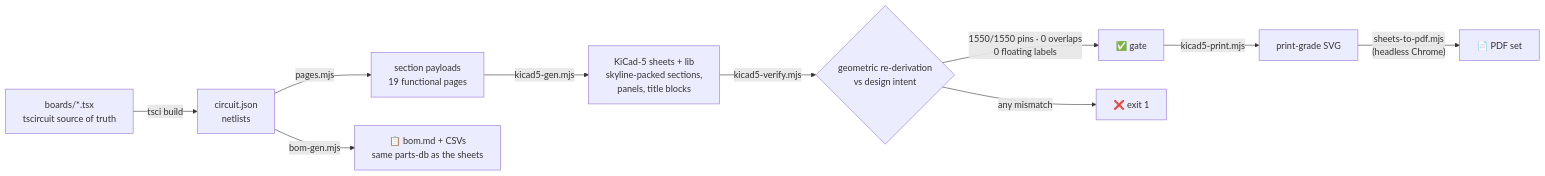
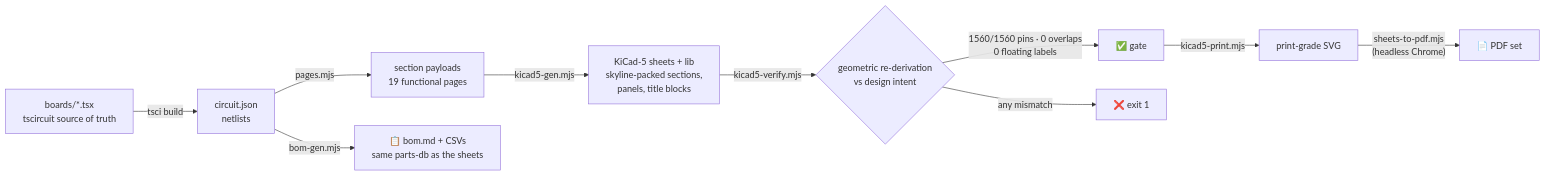
One commit to vectivolt/Traction-Inverter-GEN-1 changed the eighth of 9 diagrams in README.md. Above: the diagram before and after it, drawn with Mermaid. The commit also changed other lines of this file and 28 other files, not shown here.

````diff
--- a/README.md
+++ b/README.md
@@ -417,12 +432,12 @@
 ```mermaid
 flowchart LR
   TSX["boards/*.tsx<br/>tscircuit source of truth"] -->|tsci build| CJ["circuit.json<br/>netlists"]
   CJ -->|pages.mjs| PG["section payloads<br/>19 functional pages"]
   PG -->|kicad5-gen.mjs| SCH["KiCad-5 sheets + lib<br/>skyline-packed sections,<br/>panels, title blocks"]
   SCH -->|kicad5-verify.mjs| V{"geometric re-derivation<br/>vs design intent"}
-  V -->|"1550/1550 pins · 0 overlaps<br/>0 floating labels"| OK["✅ gate"]
+  V -->|"1560/1560 pins · 0 overlaps<br/>0 floating labels"| OK["✅ gate"]
   V -->|any mismatch| FAIL["❌ exit 1"]
   OK -->|kicad5-print.mjs| SVG["print-grade SVG"]
   SVG -->|"sheets-to-pdf.mjs<br/>(headless Chrome)"| PDF["📄 PDF set"]
   CJ -->|bom-gen.mjs| BOM["📋 bom.md + CSVs<br/>same parts-db as the sheets"]
 ```
````
